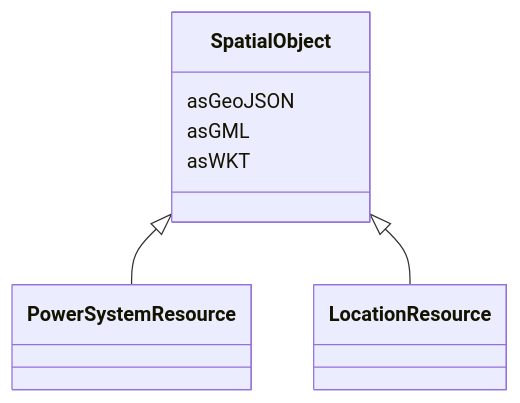
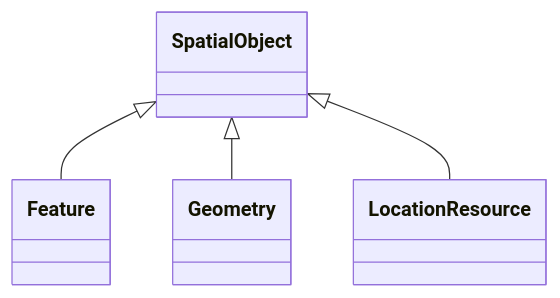
One commit to 3lbits/NoCIMExtensions changed the diagram in docs/AviationObstacle/SpatialObject.md. Above: the diagram before and after it, drawn with Mermaid. The commit also changed other lines of this file and 61 other files, not shown here.

````diff
--- a/docs/AviationObstacle/SpatialObject.md
+++ b/docs/AviationObstacle/SpatialObject.md
@@ -16,17 +16,13 @@
 ```mermaid
  classDiagram
     class SpatialObject
     click SpatialObject href "../SpatialObject"
-      SpatialObject <|-- PowerSystemResource
-        click PowerSystemResource href "../PowerSystemResource"
+      SpatialObject <|-- Feature
+        click Feature href "../Feature"
+      SpatialObject <|-- Geometry
+        click Geometry href "../Geometry"
       SpatialObject <|-- LocationResource
         click LocationResource href "../LocationResource"
       
-      SpatialObject : asGeoJSON
-        
-      SpatialObject : asGML
-        
-      SpatialObject : asWKT
-        
       
 ```
````
